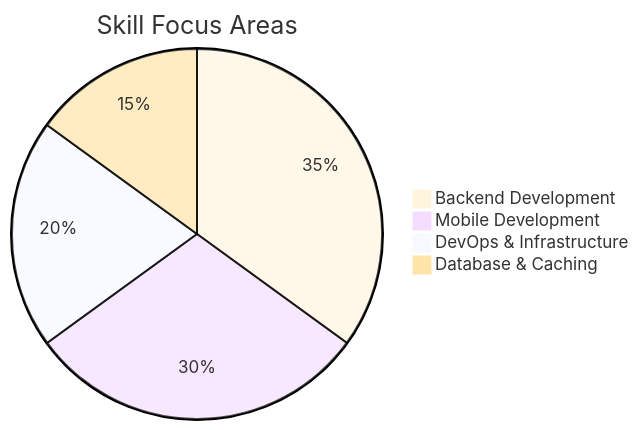
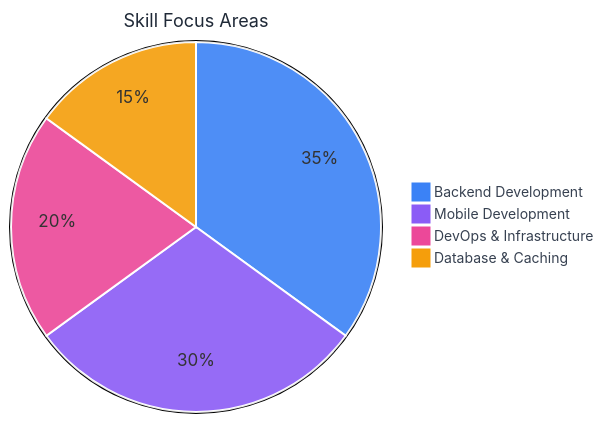
The second of 2 diagrams in README.md (eliteio01/eliteio01), drawn with Mermaid before and after one commit. The commit also changed other lines of this file, not shown here.

````diff
--- a/README.md
+++ b/README.md
@@ -92,8 +91,28 @@
 ```mermaid
-%%{init: {'theme':'base'}}%%
+%%{init: {'theme':'base', 'themeVariables': {
+  'pie1':'#3b82f6',
+  'pie2':'#8b5cf6',
+  'pie3':'#ec4899',
+  'pie4':'#f59e0b',
+  'pie5':'#10b981',
+  'pie6':'#06b6d4',
+  'pie7':'#ef4444',
+  'pie8':'#6366f1',
+  'pie9':'#14b8a6',
+  'pie10':'#f97316',
+  'pie11':'#84cc16',
+  'pie12':'#a855f7',
+  'pieTitleTextSize':'18px',
+  'pieTitleTextColor':'#1f2937',
+  'pieStrokeColor':'#ffffff',
+  'pieStrokeWidth':'2px',
+  'pieLegendTextSize':'14px',
+  'pieLegendTextColor':'#374151',
+  'pieOpacity':'0.9'
+}}}%%
 pie title Skill Focus Areas
     "Backend Development" : 35
     "Mobile Development" : 30
     "DevOps & Infrastructure" : 20
     "Database & Caching" : 15
 ```
````
